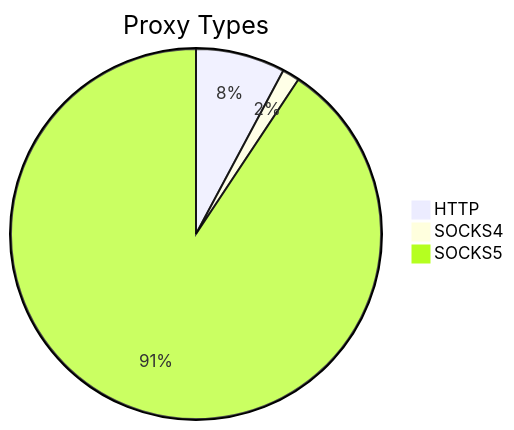
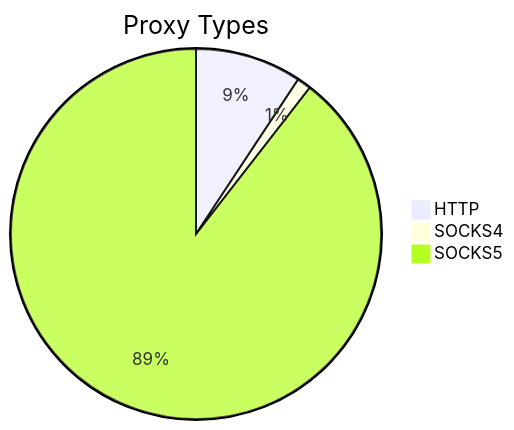
Before and after one commit to stormsia/proxy-list: the first of 2 diagrams in README.md, drawn with Mermaid. The commit also changed other lines of this file, not shown here.

````diff
--- a/README.md
+++ b/README.md
@@ -21,6 +21,6 @@
 ```mermaid
 pie title Proxy Types
-    "HTTP" : 300
-    "SOCKS4" : 58
-    "SOCKS5" : 3484
+    "HTTP" : 348
+    "SOCKS4" : 46
+    "SOCKS5" : 3351
 ```
````
